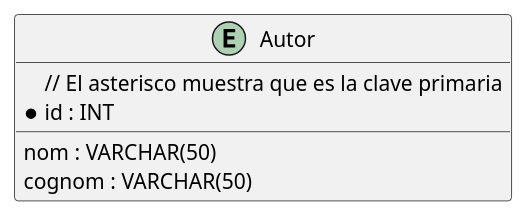
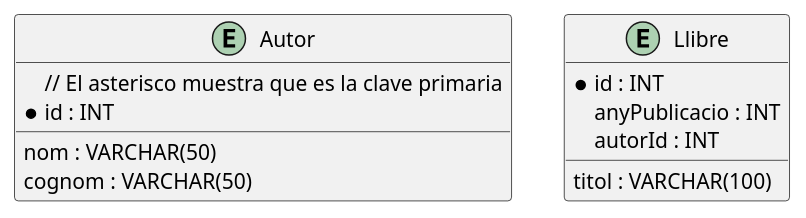
One commit to JChafla1/UF456-Programacion changed the diagram in GestionBiblioteca/DatosBiblioteca.puml. Above: the diagram before and after it, drawn with PlantUML.

Commit message:
EntityLlibre

```diff
--- a/GestionBiblioteca/DatosBiblioteca.puml
+++ b/GestionBiblioteca/DatosBiblioteca.puml
@@ -2,10 +2,17 @@
 @startuml
 
 entity Autor {
     // El asterisco muestra que es la clave primaria
     * id : INT
     nom : VARCHAR(50)
     cognom : VARCHAR(50)
 }
 
+entity Llibre {
+    * id : INT
+    titol : VARCHAR(100)
+    anyPublicacio : INT
+    autorId : INT
+}
+
 @enduml
```
